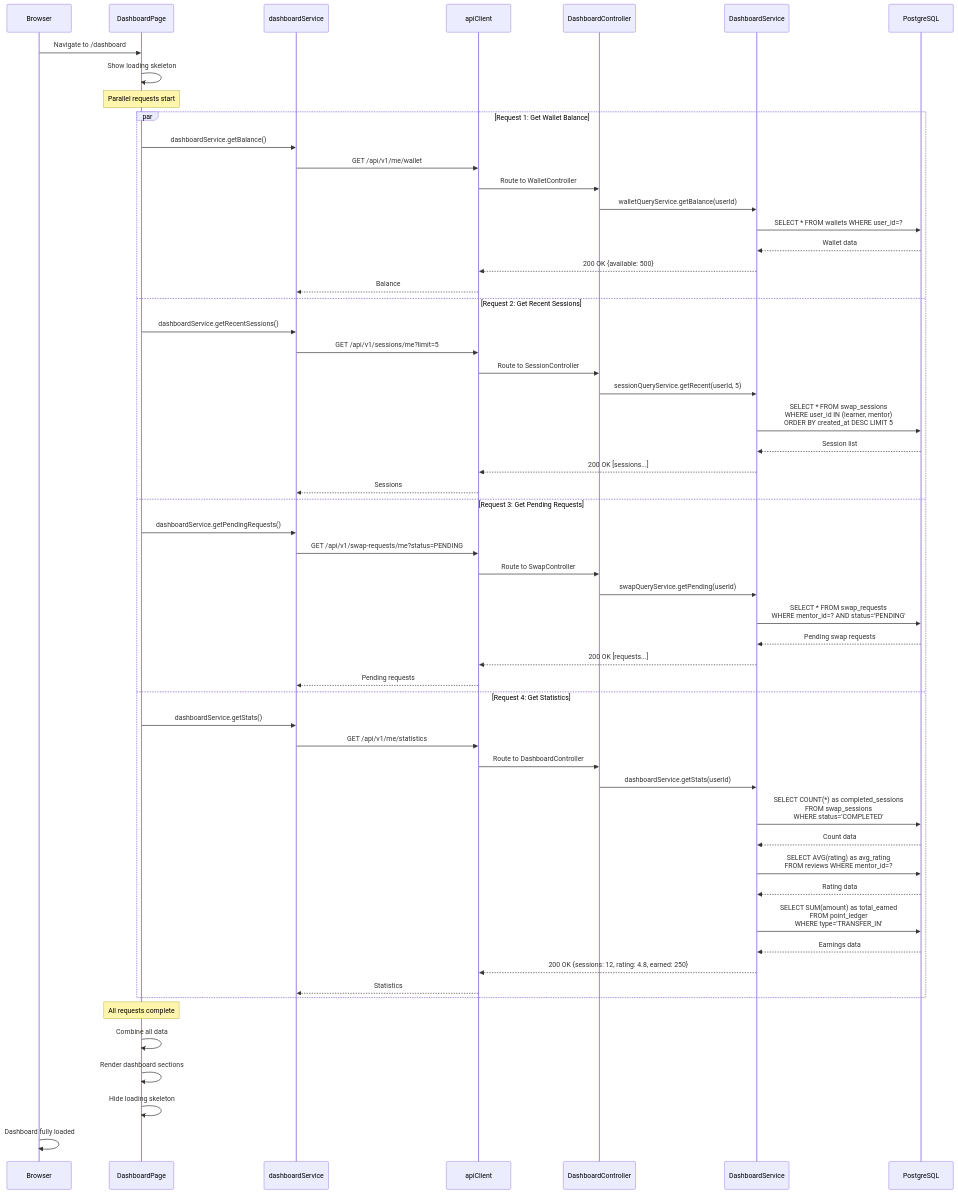
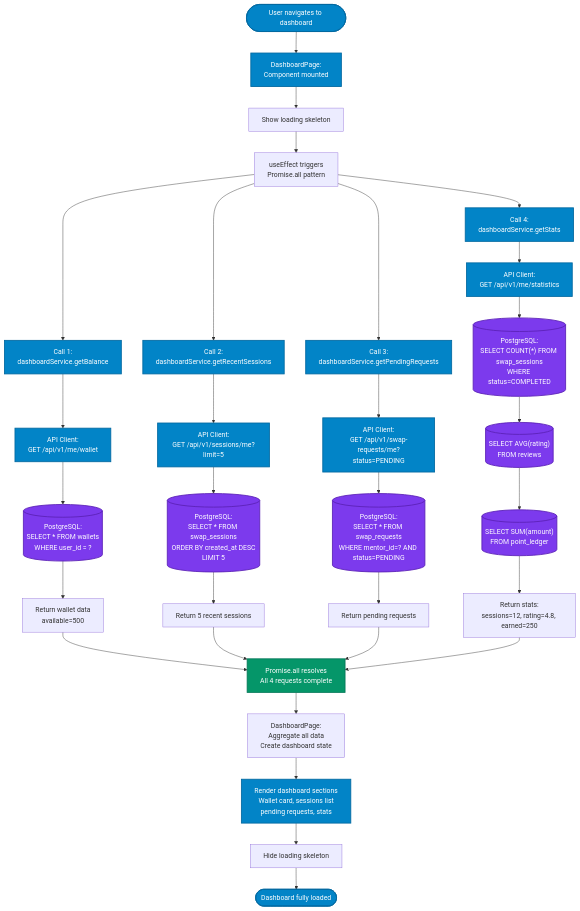
Diagram 16 of 21 in DEMO.md (loucasty-cell/UIT-Java-Final-Project), drawn with Mermaid before and after one commit. The commit also changed other lines of this file, not shown here.

Commit message:
Fix: Correct 16 mermaid syntax errors in DEMO.md diagrams

````diff
--- a/DEMO.md
+++ b/DEMO.md
@@ -1259,63 +1701,62 @@
 ```mermaid
-sequenceDiagram
-    participant Browser as Browser
-    participant DashboardPage as DashboardPage
-    participant DashService as dashboardService
-    participant API as apiClient
-    participant CTR as DashboardController
-    participant SRVR as DashboardService
-    participant DB as PostgreSQL
+graph TD
+    Start(["User navigates to dashboard"]) -->A["DashboardPage:<br/>Component mounted"]
+    A -->B["Show loading skeleton"]
+    B -->C["useEffect triggers<br/>Promise.all pattern"]
     
-    Browser->>DashboardPage: Navigate to /dashboard
-    DashboardPage->>DashboardPage: Show loading skeleton
+    C -->C1["Call 1:<br/>dashboardService.getBalance"]
+    C -->C2["Call 2:<br/>dashboardService.getRecentSessions"]
+    C -->C3["Call 3:<br/>dashboardService.getPendingRequests"]
+    C -->C4["Call 4:<br/>dashboardService.getStats"]
     
-    Note over DashboardPage: Parallel requests start
+    C1 -->API1["API Client:<br/>GET /api/v1/me/wallet"]
+    API1 --> DB1[("PostgreSQL:<br/>SELECT * FROM wallets<br/>WHERE user_id = ?")]
+    DB1 -->Resp1["Return wallet data<br/>available=500"]
     
-    par Request 1: Get Wallet Balance
-        DashboardPage->>DashService: dashboardService.getBalance()
-        DashService->>API: GET /api/v1/me/wallet
-        API->>CTR: Route to WalletController
-        CTR->>SRVR: walletQueryService.getBalance(userId)
-        SRVR->>DB: SELECT * FROM wallets WHERE user_id=?
-        DB-->>SRVR: Wallet data
-        SRVR-->>API: 200 OK {available: 500}
-        API-->>DashService: Balance
-    and Request 2: Get Recent Sessions
-        DashboardPage->>DashService: dashboardService.getRecentSessions()
-        DashService->>API: GET /api/v1/sessions/me?limit=5
-        API->>CTR: Route to SessionController
-        CTR->>SRVR: sessionQueryService.getRecent(userId, 5)
-        SRVR->>DB: SELECT * FROM swap_sessions<br/>WHERE user_id IN (learner, mentor)<br/>ORDER BY created_at DESC LIMIT 5
-        DB-->>SRVR: Session list
-        SRVR-->>API: 200 OK [sessions...]
-        API-->>DashService: Sessions
-    and Request 3: Get Pending Requests
-        DashboardPage->>DashService: dashboardService.getPendingRequests()
-        DashService->>API: GET /api/v1/swap-requests/me?status=PENDING
-        API->>CTR: Route to SwapController
-        CTR->>SRVR: swapQueryService.getPending(userId)
-        SRVR->>DB: SELECT * FROM swap_requests<br/>WHERE mentor_id=? AND status='PENDING'
-        DB-->>SRVR: Pending swap requests
-        SRVR-->>API: 200 OK [requests...]
-        API-->>DashService: Pending requests
-    and Request 4: Get Statistics
-        DashboardPage->>DashService: dashboardService.getStats()
-        DashService->>API: GET /api/v1/me/statistics
-        API->>CTR: Route to DashboardController
-        CTR->>SRVR: dashboardService.getStats(userId)
-        SRVR->>DB: SELECT COUNT(*) as completed_sessions<br/>FROM swap_sessions<br/>WHERE status='COMPLETED'
-        DB-->>SRVR: Count data
-        SRVR->>DB: SELECT AVG(rating) as avg_rating<br/>FROM reviews WHERE mentor_id=?
-        DB-->>SRVR: Rating data
-        SRVR->>DB: SELECT SUM(amount) as total_earned<br/>FROM point_ledger<br/>WHERE type='TRANSFER_IN'
-        DB-->>SRVR: Earnings data
-        SRVR-->>API: 200 OK {sessions: 12, rating: 4.8, earned: 250}
-        API-->>DashService: Statistics
-    end
+    C2 -->API2["API Client:<br/>GET /api/v1/sessions/me?limit=5"]
+    API2 --> DB2[("PostgreSQL:<br/>SELECT * FROM swap_sessions<br/>ORDER BY created_at DESC<br/>LIMIT 5")]
+    DB2 -->Resp2["Return 5 recent sessions"]
     
-    Note over DashboardPage: All requests complete
-    DashboardPage->>DashboardPage: Combine all data
-    DashboardPage->>DashboardPage: Render dashboard sections
-    DashboardPage->>DashboardPage: Hide loading skeleton
-    Browser->>Browser: Dashboard fully loaded
+    C3 -->API3["API Client:<br/>GET /api/v1/swap-requests/me?status=PENDING"]
+    API3 --> DB3[("PostgreSQL:<br/>SELECT * FROM swap_requests<br/>WHERE mentor_id=? AND status=PENDING")]
+    DB3 -->Resp3["Return pending requests"]
+    
+    C4 -->API4["API Client:<br/>GET /api/v1/me/statistics"]
+    DB4A[("PostgreSQL:<br/>SELECT COUNT(*) FROM swap_sessions<br/>WHERE status=COMPLETED")]
+    API4 --> DB4A
+    DB4B[("SELECT AVG(rating)<br/>FROM reviews")]
+    DB4A --> DB4B
+    DB4C[("SELECT SUM(amount)<br/>FROM point_ledger")]
+    DB4B --> DB4C
+    DB4C -->Resp4["Return stats:<br/>sessions=12, rating=4.8, earned=250"]
+    
+    Resp1 -->Combine["Promise.all resolves<br/>All 4 requests complete"]
+    Resp2 --> Combine
+    Resp3 --> Combine
+    Resp4 --> Combine
+    
+    Combine -->Aggregate["DashboardPage:<br/>Aggregate all data<br/>Create dashboard state"]
+    Aggregate -->Render["Render dashboard sections<br/>Wallet card, sessions list<br/>pending requests, stats"]
+    Render -->HideSkeleton["Hide loading skeleton"]
+    HideSkeleton --> End(["Dashboard fully loaded"])
+    
+    style Start fill:#0284c7,stroke:#0369a1,stroke-width:2px,color:#ffffff
+    style A fill:#0284c7,stroke:#0369a1,stroke-width:2px,color:#ffffff
+    style C1 fill:#0284c7,stroke:#0369a1,stroke-width:2px,color:#ffffff
+    style C2 fill:#0284c7,stroke:#0369a1,stroke-width:2px,color:#ffffff
+    style C3 fill:#0284c7,stroke:#0369a1,stroke-width:2px,color:#ffffff
+    style C4 fill:#0284c7,stroke:#0369a1,stroke-width:2px,color:#ffffff
+    style API1 fill:#0284c7,stroke:#0369a1,stroke-width:2px,color:#ffffff
+    style API2 fill:#0284c7,stroke:#0369a1,stroke-width:2px,color:#ffffff
+    style API3 fill:#0284c7,stroke:#0369a1,stroke-width:2px,color:#ffffff
+    style API4 fill:#0284c7,stroke:#0369a1,stroke-width:2px,color:#ffffff
+    style DB1 fill:#7c3aed,stroke:#5b21b6,stroke-width:2px,color:#ffffff
+    style DB2 fill:#7c3aed,stroke:#5b21b6,stroke-width:2px,color:#ffffff
+    style DB3 fill:#7c3aed,stroke:#5b21b6,stroke-width:2px,color:#ffffff
+    style DB4A fill:#7c3aed,stroke:#5b21b6,stroke-width:2px,color:#ffffff
+    style DB4B fill:#7c3aed,stroke:#5b21b6,stroke-width:2px,color:#ffffff
+    style DB4C fill:#7c3aed,stroke:#5b21b6,stroke-width:2px,color:#ffffff
+    style Combine fill:#059669,stroke:#047857,stroke-width:2px,color:#ffffff
+    style Render fill:#0284c7,stroke:#0369a1,stroke-width:2px,color:#ffffff
+    style End fill:#0284c7,stroke:#0369a1,stroke-width:2px,color:#ffffff
 ```
````
